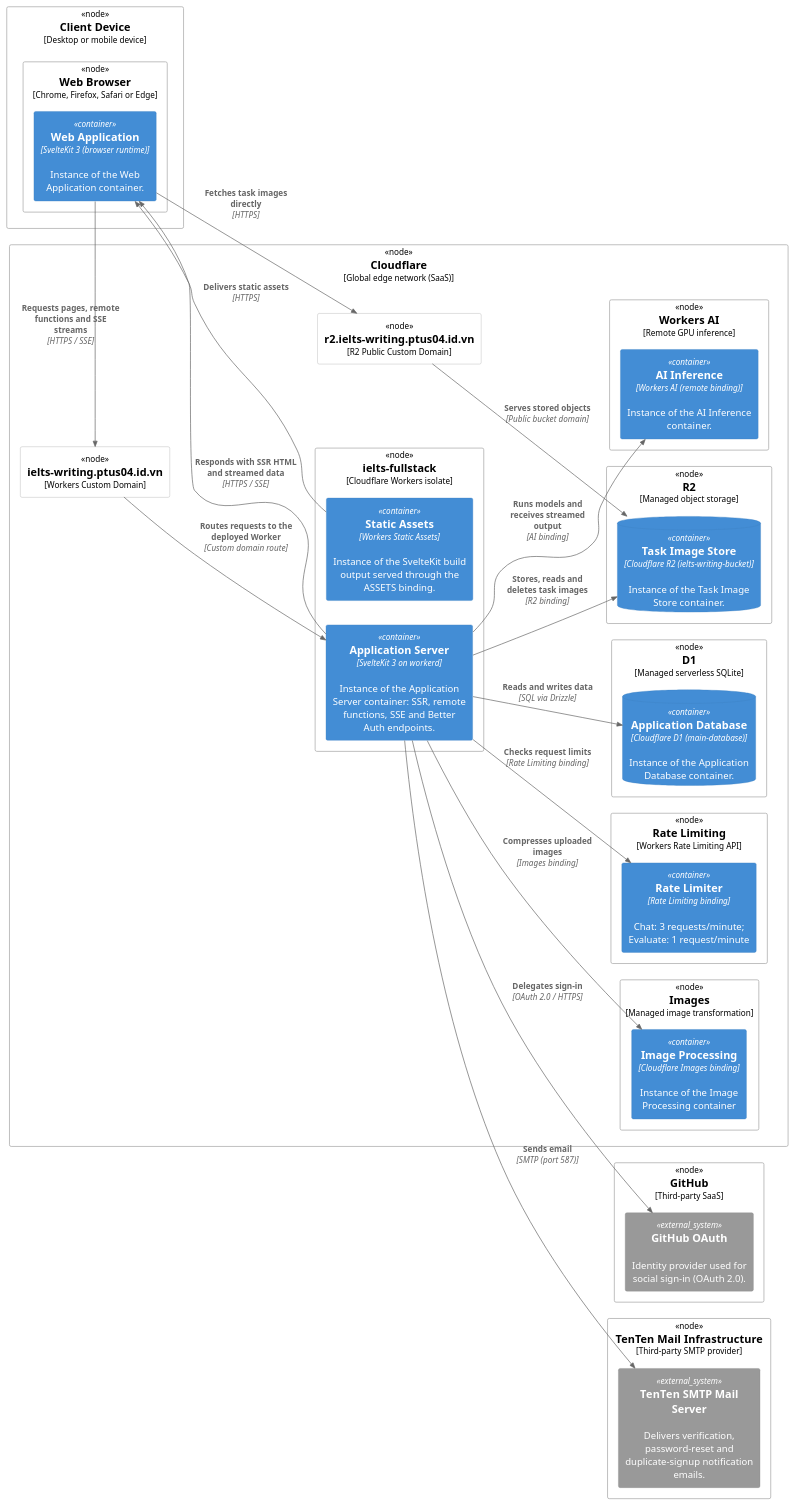
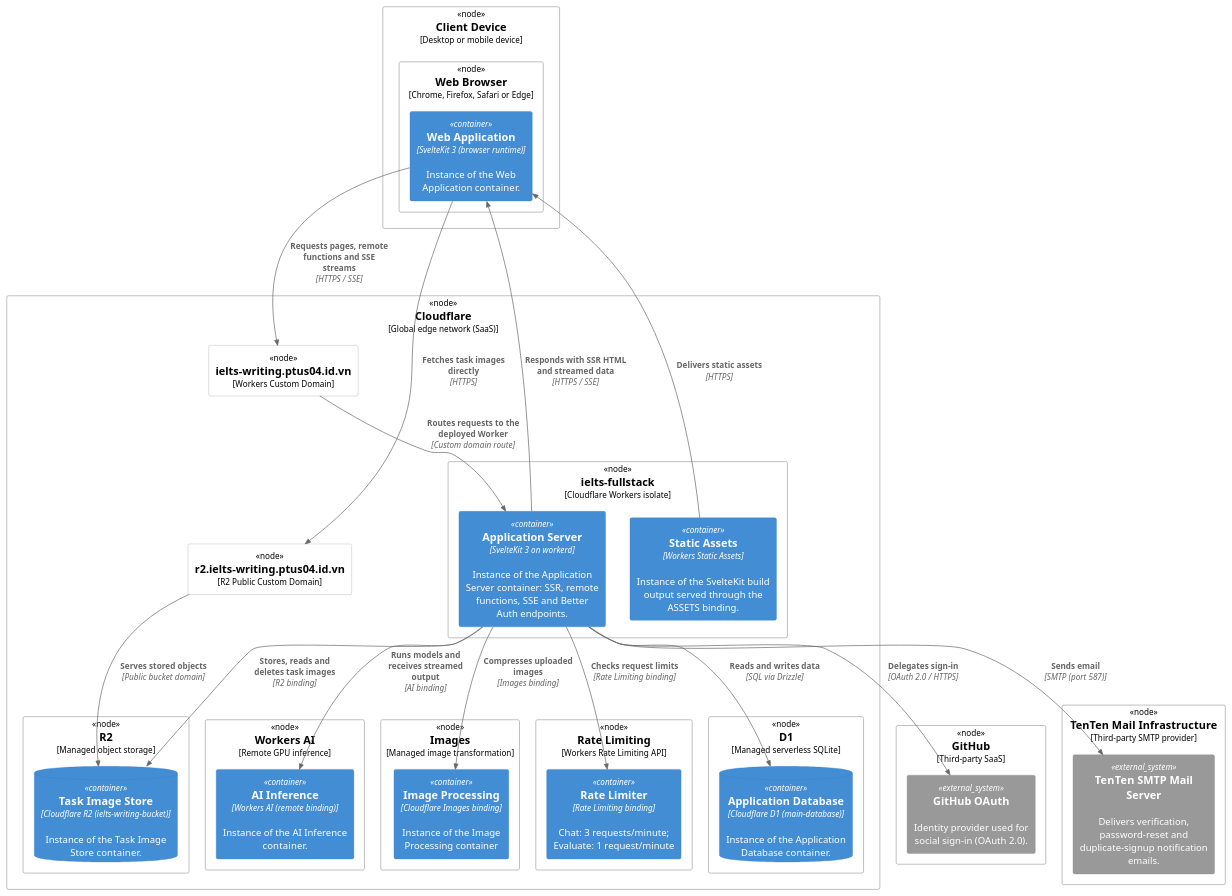
The diagram in docs/c4-deployment-diagram.puml (ielts-writing-org/ielts-fullstack), drawn with PlantUML before and after one commit. The commit also changed 1 other file, not shown here.

Commit message:
docs(diagrams): update deployment and class diagrams
Update architectural diagrams to reflect recent changes in deployment
topology and domain model refactoring.

- Adjust deployment diagram layout and relationship directions for
  better clarity between SPA, app, and assets.
- Simplify class diagram by removing methods and properties that were
  moved to domain models or refactored during the recent migration.
- Align class definitions with the new domain-driven structure.

```diff
--- a/docs/c4-deployment-diagram.puml
+++ b/docs/c4-deployment-diagram.puml
@@ -1,65 +1,65 @@
 @startuml C4 Deployment Diagram
 
 !include <C4/C4_Deployment>
 
 skinparam DefaultFontName Segoe UI
 
-LAYOUT_LEFT_RIGHT()
+' LAYOUT_LEFT_RIGHT()
 
 Deployment_Node(client, "Client Device", "Desktop or mobile device"){
 	Deployment_Node(browser, "Web Browser", "Chrome, Firefox, Safari or Edge"){
 		Container(spa, "Web Application", "SvelteKit 3 (browser runtime)", "Instance of the Web Application container.")
 	}
 }
 
 Deployment_Node(cloudflare, "Cloudflare", "Global edge network (SaaS)"){
 	Node(appDomain, "ielts-writing.ptus04.id.vn", "Workers Custom Domain")
 
 	Deployment_Node(worker, "ielts-fullstack", "Cloudflare Workers isolate"){
 		Container(app, "Application Server", "SvelteKit 3 on workerd", "Instance of the Application Server container: SSR, remote functions, SSE and Better Auth endpoints.")
 		Container(assets, "Static Assets", "Workers Static Assets", "Instance of the SvelteKit build output served through the ASSETS binding.")
 	}
 	Deployment_Node(d1Node, "D1", "Managed serverless SQLite"){
 		ContainerDb(db, "Application Database", "Cloudflare D1 (main-database)", "Instance of the Application Database container.")
 	}
 	Deployment_Node(r2Node, "R2", "Managed object storage"){
 		ContainerDb(r2, "Task Image Store", "Cloudflare R2 (ielts-writing-bucket)", "Instance of the Task Image Store container.")
 	}
 	Node(r2Domain, "r2.ielts-writing.ptus04.id.vn", "R2 Public Custom Domain")
 	Deployment_Node(aiNode, "Workers AI", "Remote GPU inference"){
 		Container(ai, "AI Inference", "Workers AI (remote binding)", "Instance of the AI Inference container.")
 	}
 	Deployment_Node(imgNode, "Images", "Managed image transformation"){
 		Container(images, "Image Processing", "Cloudflare Images binding", "Instance of the Image Processing container")
 	}
 	Deployment_Node(rlNode, "Rate Limiting", "Workers Rate Limiting API"){
 		Container(rl, "Rate Limiter", "Rate Limiting binding", "Chat: 3 requests/minute; Evaluate: 1 request/minute")
 	}
 }
 
 Deployment_Node(githubNode, "GitHub", "Third-party SaaS"){
 	System_Ext(github, "GitHub OAuth", "Identity provider used for social sign-in (OAuth 2.0).")
 }
 
 Deployment_Node(mailNode, "TenTen Mail Infrastructure", "Third-party SMTP provider"){
 	System_Ext(smtp, "TenTen SMTP Mail Server", "Delivers verification, password-reset and duplicate-signup notification emails.")
 }
 
-Rel(spa, appDomain, "Requests pages, remote functions and SSE streams", "HTTPS / SSE")
+Rel_D(spa, appDomain, "Requests pages, remote functions and SSE streams", "HTTPS / SSE")
 Rel(appDomain, app, "Routes requests to the deployed Worker", "Custom domain route")
-Rel(app, spa, "Responds with SSR HTML and streamed data", "HTTPS / SSE")
-Rel(assets, spa, "Delivers static assets", "HTTPS")
+Rel_U(app, spa, "Responds with SSR HTML and streamed data", "HTTPS / SSE")
+Rel_U(assets, spa, "Delivers static assets", "HTTPS")
 
 Rel(spa, r2Domain, "Fetches task images directly", "HTTPS")
 Rel(r2Domain, r2, "Serves stored objects", "Public bucket domain")
 
 Rel(app, db, "Reads and writes data", "SQL via Drizzle")
 Rel(app, r2, "Stores, reads and deletes task images", "R2 binding")
 Rel(app, images, "Compresses uploaded images", "Images binding")
 Rel(app, ai, "Runs models and receives streamed output", "AI binding")
 Rel(app, rl, "Checks request limits", "Rate Limiting binding")
 
 Rel(app, github, "Delegates sign-in", "OAuth 2.0 / HTTPS")
 Rel(app, smtp, "Sends email", "SMTP (port 587)")
 
 @enduml
```
